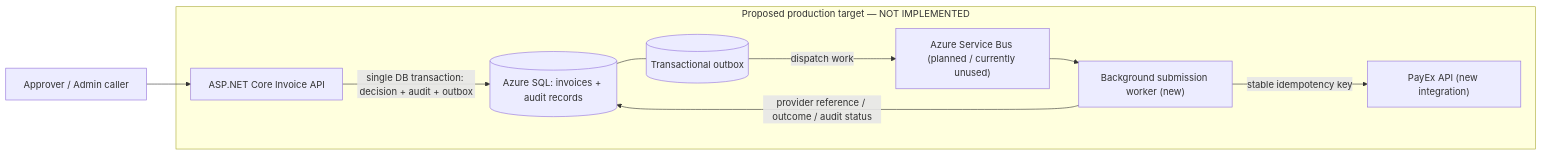
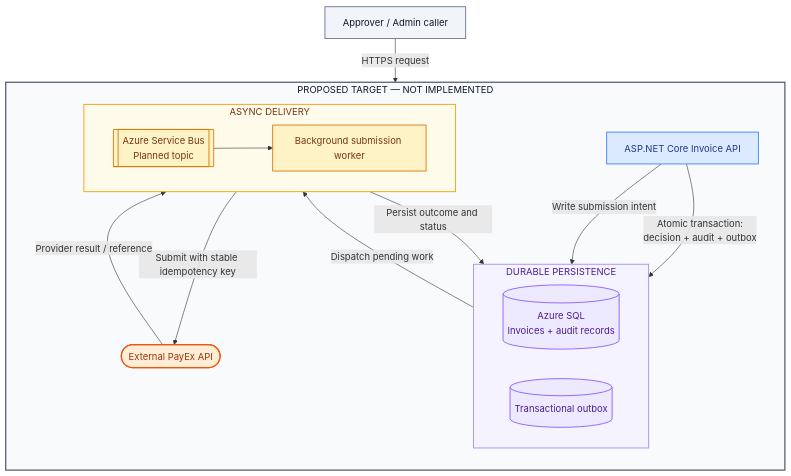
Before and after one commit to saurabhjain374/ai-in-sdlc-assignment: the diagram in docs/architecture/target-containers.mmd, drawn with Mermaid. The commit also changed 2 other files, not shown here.

Commit message:
update diagram

```diff
--- a/docs/architecture/target-containers.mmd
+++ b/docs/architecture/target-containers.mmd
@@ -1,20 +1,54 @@
-flowchart LR
+flowchart TB
     caller["Approver / Admin caller"]
-    subgraph target["Proposed production target — NOT IMPLEMENTED"]
+
+    subgraph target["PROPOSED TARGET — NOT IMPLEMENTED"]
+        direction TB
+
         api["ASP.NET Core Invoice API"]
-        db[("Azure SQL: invoices + audit records")]
-        outbox[("Transactional outbox")]
-        worker["Background submission worker (new)"]
-        bus["Azure Service Bus (planned / currently unused)"]
-        payex["PayEx API (new integration)"]
+
+        subgraph persistence["DURABLE PERSISTENCE"]
+            direction LR
+            db[("Azure SQL<br/>Invoices + audit records")]
+            outbox[("Transactional outbox")]
+        end
+
+        subgraph delivery["ASYNC DELIVERY"]
+            direction LR
+            bus[["Azure Service Bus<br/>Planned topic"]]
+            worker["Background submission worker"]
+        end
+
+        payex(["External PayEx API"])
     end
-    caller --> api
-    api -->|single DB transaction: decision + audit + outbox| db
-    db --- outbox
-    outbox -->|dispatch work| bus
+
+    caller -->|HTTPS request| api
+    api -->|Atomic transaction:<br/>decision + audit + outbox| db
+    api -->|Write submission intent| outbox
+    outbox -->|Dispatch pending work| bus
     bus --> worker
-    worker -->|stable idempotency key| payex
-    worker -->|provider reference / outcome / audit status| db
+    worker -->|Submit with stable idempotency key| payex
+    payex -->|Provider result / reference| worker
+    worker -->|Persist outcome and status| db
 
-    %% Azure SQL, topic and PayEx are explicitly described as not yet in code in ops/README.md and AGENTS.md.
-    %% Outbox and worker are proposed design elements, not current repository components.
+    classDef callerStyle fill:#f1f5f9,stroke:#64748b,color:#0f172a,stroke-width:1.5px
+    classDef apiStyle fill:#dbeafe,stroke:#3b82f6,color:#1e3a8a,stroke-width:1.5px
+    classDef persistenceStyle fill:#ede9fe,stroke:#8b5cf6,color:#4c1d95,stroke-width:1.5px
+    classDef deliveryStyle fill:#fef3c7,stroke:#d97706,color:#78350f,stroke-width:1.5px
+    classDef externalStyle fill:#ffedd5,stroke:#ea580c,color:#9a3412,stroke-width:2px
+
+    class caller callerStyle
+    class api apiStyle
+    class db,outbox persistenceStyle
+    class bus,worker deliveryStyle
+    class payex externalStyle
+
+    style target fill:#f8fafc,stroke:#475569,stroke-width:2px,color:#0f172a
+    style persistence fill:#f5f3ff,stroke:#a78bfa,stroke-width:1.5px,color:#4c1d95
+    style delivery fill:#fffbeb,stroke:#f59e0b,stroke-width:1.5px,color:#78350f
+
+    %% PROPOSED DESIGN — NOT IMPLEMENTED.
+    %% Azure SQL, Service Bus and PayEx integration are not implemented in the inspected code.
+    %% The API transaction atomically persists the decision, audit event and outbox intent.
+    %% The outbox supports durable at-least-once delivery; exactly-once external effects
+    %% require provider idempotency or reconciliation of ambiguous outcomes.
+    %% Evidence of current limitations: ops/README.md and AGENTS.md.
```
